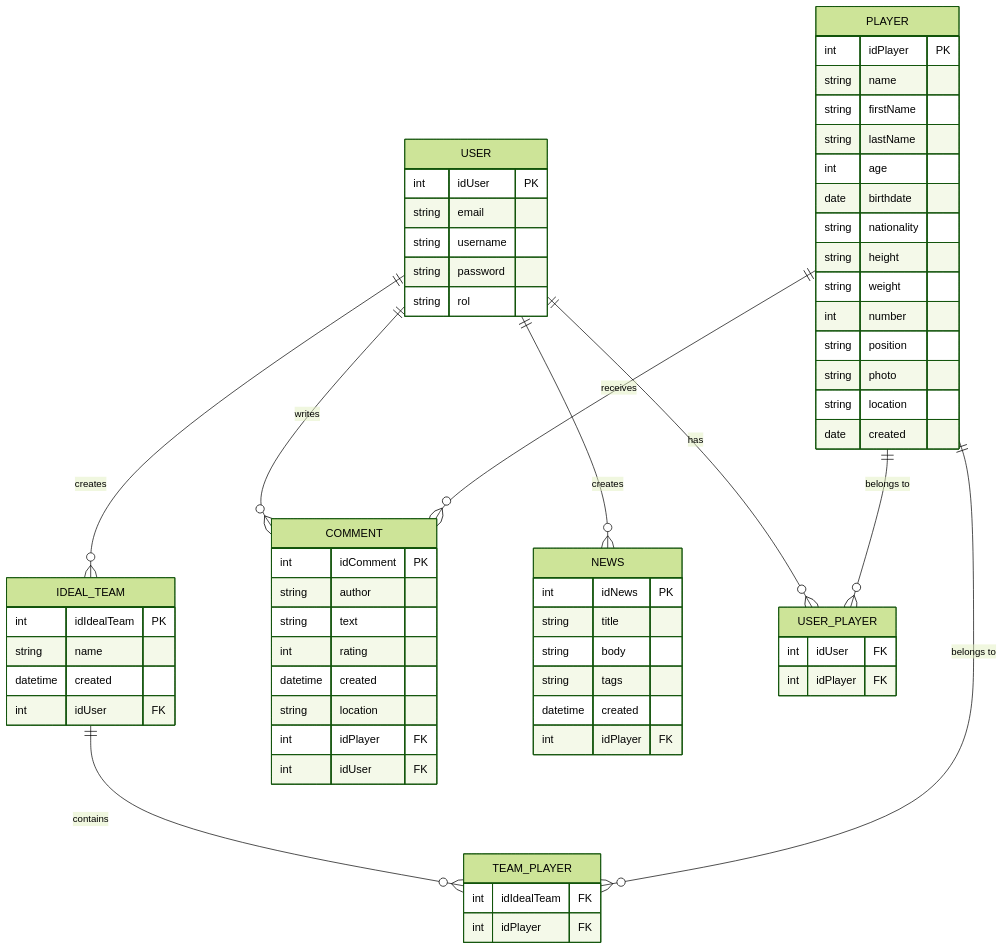
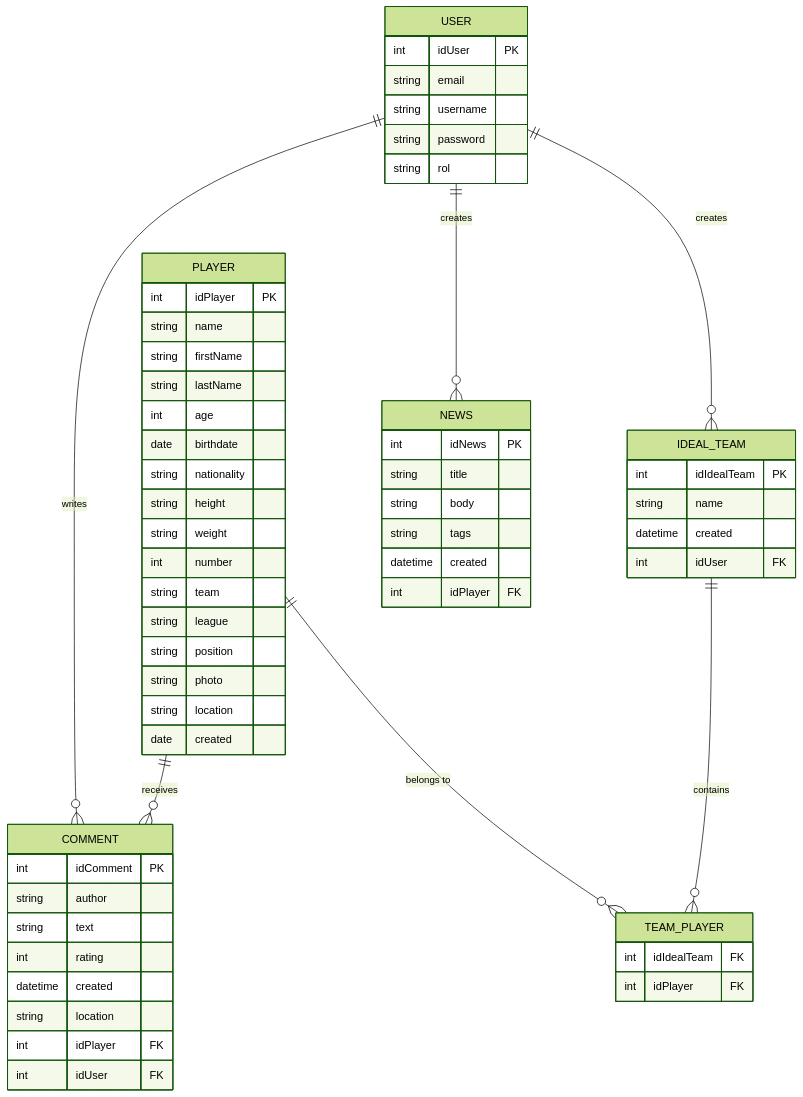
One commit to aek676/my-soccer-project changed the first of 2 diagrams in docs/specification.md. Above: the diagram before and after it, drawn with Mermaid (forest theme). The commit also changed other lines of this file, not shown here.

First line of the commit message:
docs(spec): update ERD and architecture table

````diff
--- a/docs/specification.md
+++ b/docs/specification.md
@@ -71,77 +71,71 @@
 ```mermaid
 erDiagram
     USER {
         int idUser PK
         string email
         string username
         string password
         string rol
     }
 
     IDEAL_TEAM {
         int idIdealTeam PK
         string name
         datetime created
         int idUser FK
     }
 
     TEAM_PLAYER {
         int idIdealTeam FK
         int idPlayer FK
     }
 
     PLAYER {
         int idPlayer PK
         string name
         string firstName
         string lastName
         int age
         date birthdate
         string nationality
         string height
         string weight
         int number
+        string team
+        string league
         string position
         string photo
         string location
         date created
     }
 
     COMMENT {
         int idComment PK
         string author
         string text
         int rating
         datetime created
         string location
         int idPlayer FK
         int idUser FK
     }
 
     NEWS {
         int idNews PK
         string title
         string body
         string tags
         datetime created
         int idPlayer FK
     }
 
-    USER_PLAYER {
-        int idUser FK
-        int idPlayer FK
-    }
-
-    USER ||--o{ USER_PLAYER : has
-    PLAYER ||--o{ USER_PLAYER : "belongs to"
-
     USER ||--o{ COMMENT : writes
     PLAYER ||--o{ COMMENT : receives
 
     USER ||--o{ NEWS : creates
 
     USER ||--o{ IDEAL_TEAM : creates
 
     IDEAL_TEAM ||--o{ TEAM_PLAYER : contains
     PLAYER ||--o{ TEAM_PLAYER : "belongs to"
 ```
````
